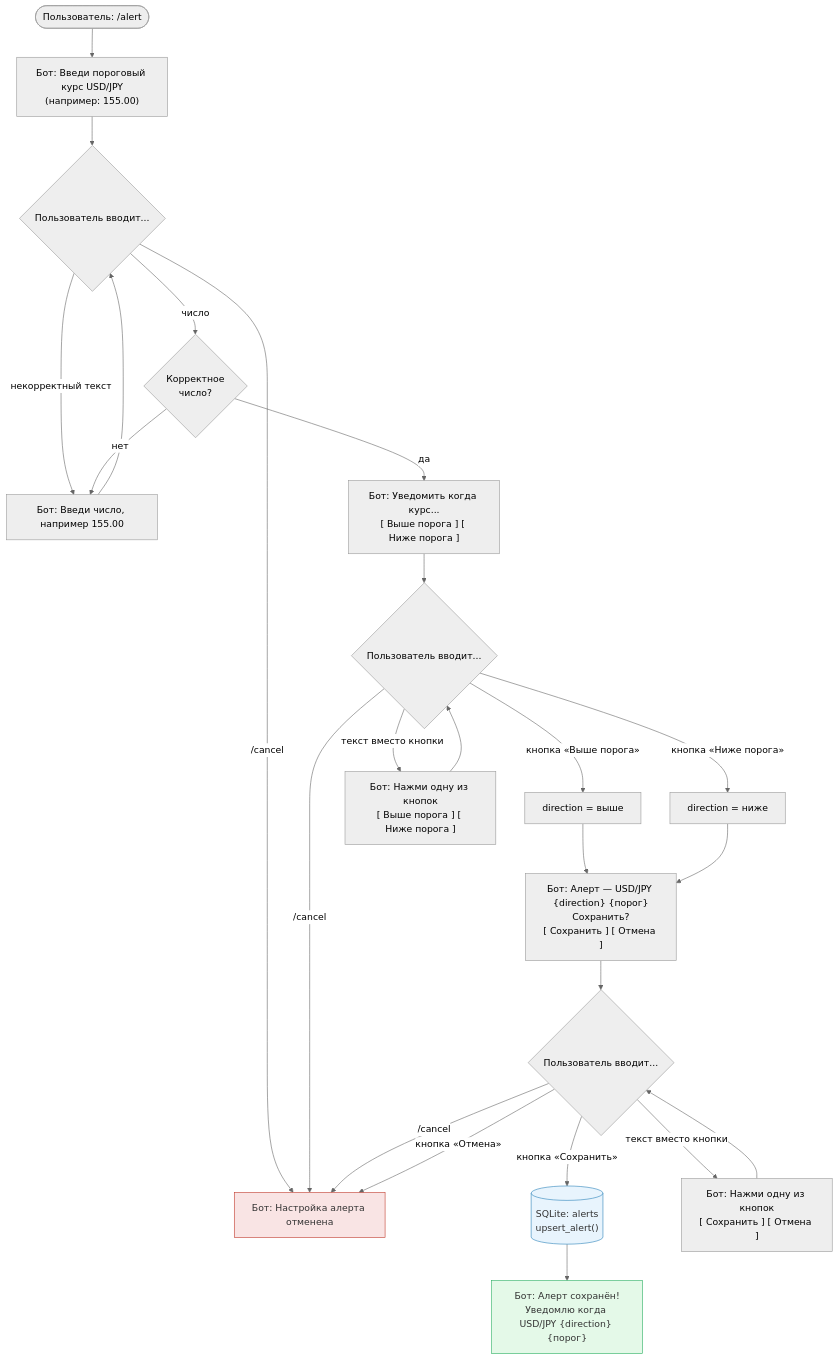
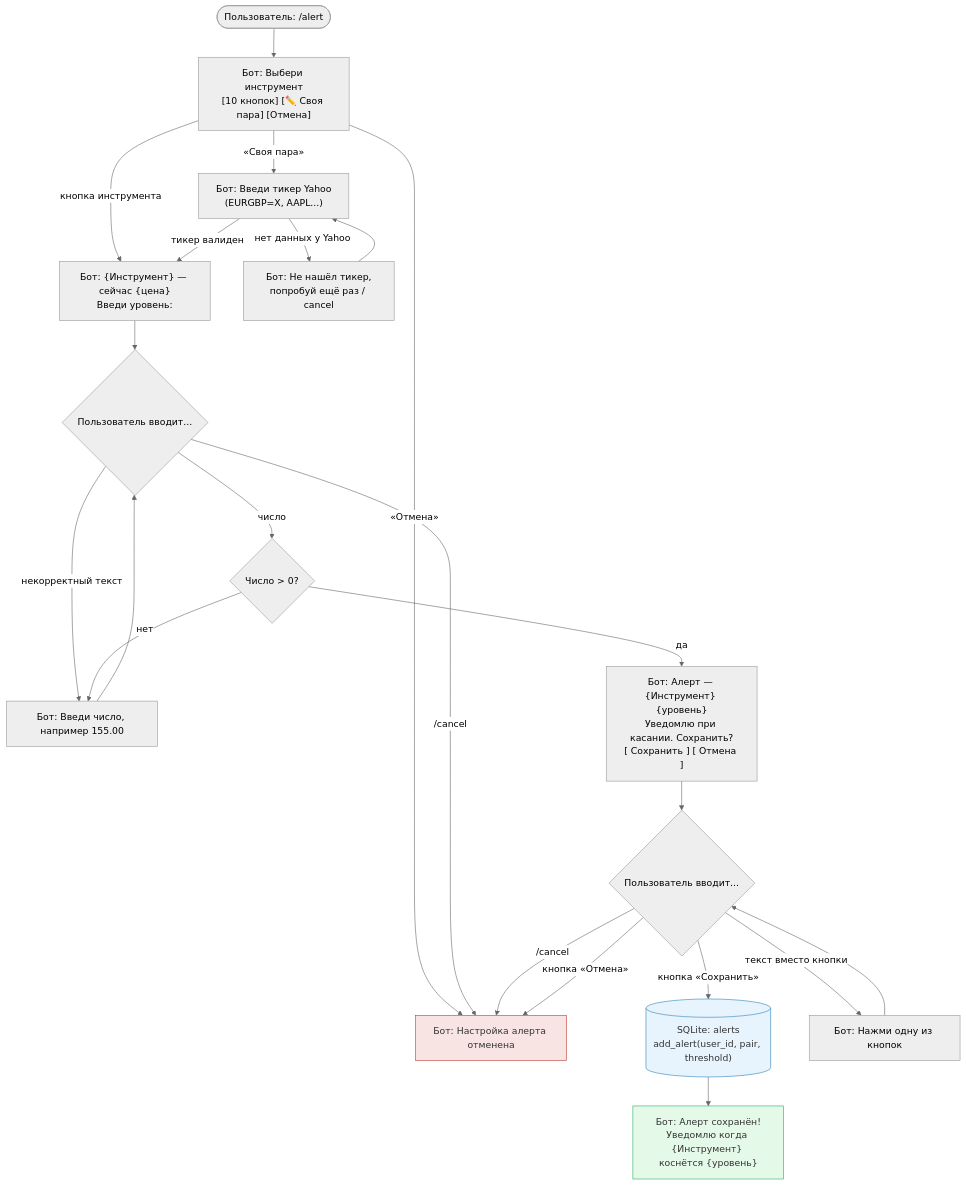
One commit to Shanya111/iron-wake changed the second of 6 diagrams in CLAUDE.md. Above: the diagram before and after it, drawn with Mermaid (neutral theme). The commit also changed other lines of this file and 7 other files, not shown here.

````diff
--- a/CLAUDE.md
+++ b/CLAUDE.md
@@ -119,47 +135,43 @@
 ```mermaid
 flowchart TD
     START(["Пользователь: /alert"])
 
-    START --> ASK_RATE["Бот: Введи пороговый курс USD/JPY\n(например: 155.00)"]
+    START --> ASK_PAIR["Бот: Выбери инструмент\n[10 кнопок] [✏️ Своя пара] [Отмена]"]
 
-    ASK_RATE --> INPUT_RATE{Пользователь вводит...}
+    ASK_PAIR -->|кнопка инструмента| SHOW_PRICE
+    ASK_PAIR -->|«Своя пара»| ASK_TICKER["Бот: Введи тикер Yahoo\n(EURGBP=X, AAPL...)"]
+    ASK_PAIR -->|«Отмена»| CANCELLED["Бот: Настройка алерта отменена"]
 
-    INPUT_RATE -->|"/cancel"| CANCELLED["Бот: Настройка алерта отменена"]
-    INPUT_RATE -->|число| VALIDATE{Корректное\nчисло?}
+    ASK_TICKER -->|тикер валиден| SHOW_PRICE
+    ASK_TICKER -->|нет данных у Yahoo| ERR_TICKER["Бот: Не нашёл тикер,\nпопробуй ещё раз / cancel"]
+    ERR_TICKER --> ASK_TICKER
+
+    SHOW_PRICE["Бот: {Инструмент} — сейчас {цена}\nВведи уровень:"]
+    SHOW_PRICE --> INPUT_RATE{Пользователь вводит...}
+
+    INPUT_RATE -->|"/cancel"| CANCELLED
+    INPUT_RATE -->|число| VALIDATE{Число > 0?}
     INPUT_RATE -->|некорректный текст| ERR_RATE["Бот: Введи число, например 155.00"]
     ERR_RATE --> INPUT_RATE
 
     VALIDATE -->|нет| ERR_RATE
-    VALIDATE -->|да| ASK_DIR["Бот: Уведомить когда курс...\n[ Выше порога ] [ Ниже порога ]"]
-
-    ASK_DIR --> INPUT_DIR{Пользователь вводит...}
-
-    INPUT_DIR -->|"/cancel"| CANCELLED
-    INPUT_DIR -->|кнопка «Выше порога»| DIR_ABOVE["direction = выше"]
-    INPUT_DIR -->|кнопка «Ниже порога»| DIR_BELOW["direction = ниже"]
-    INPUT_DIR -->|текст вместо кнопки| ERR_DIR["Бот: Нажми одну из кнопок\n[ Выше порога ] [ Ниже порога ]"]
-    ERR_DIR --> INPUT_DIR
-
-    DIR_ABOVE --> CONFIRM
-    DIR_BELOW --> CONFIRM
-
-    CONFIRM["Бот: Алерт — USD/JPY {direction} {порог}\nСохранить?\n[ Сохранить ] [ Отмена ]"]
+    VALIDATE -->|да| CONFIRM["Бот: Алерт — {Инструмент} {уровень}\nУведомлю при касании. Сохранить?\n[ Сохранить ] [ Отмена ]"]
 
     CONFIRM --> INPUT_CONFIRM{Пользователь вводит...}
 
     INPUT_CONFIRM -->|"/cancel"| CANCELLED
-    INPUT_CONFIRM -->|кнопка «Сохранить»| DB[("SQLite: alerts\nupsert_alert()")]
+    INPUT_CONFIRM -->|кнопка «Сохранить»| DB[("SQLite: alerts\nadd_alert(user_id, pair, threshold)")]
     INPUT_CONFIRM -->|кнопка «Отмена»| CANCELLED
-    INPUT_CONFIRM -->|текст вместо кнопки| ERR_CONFIRM["Бот: Нажми одну из кнопок\n[ Сохранить ] [ Отмена ]"]
+    INPUT_CONFIRM -->|текст вместо кнопки| ERR_CONFIRM["Бот: Нажми одну из кнопок"]
     ERR_CONFIRM --> INPUT_CONFIRM
 
-    DB --> SAVED["Бот: Алерт сохранён!\nУведомлю когда USD/JPY {direction} {порог}"]
+    DB --> SAVED["Бот: Алерт сохранён!\nУведомлю когда {Инструмент} коснётся {уровень}"]
 
     CANCELLED:::cancel
     SAVED:::success
     DB:::db
 
     classDef cancel fill:#f9e4e4,stroke:#c0392b,color:#333
     classDef success fill:#e4f9e8,stroke:#27ae60,color:#333
     classDef db fill:#e8f4fd,stroke:#2980b9,color:#333
 ```
````
